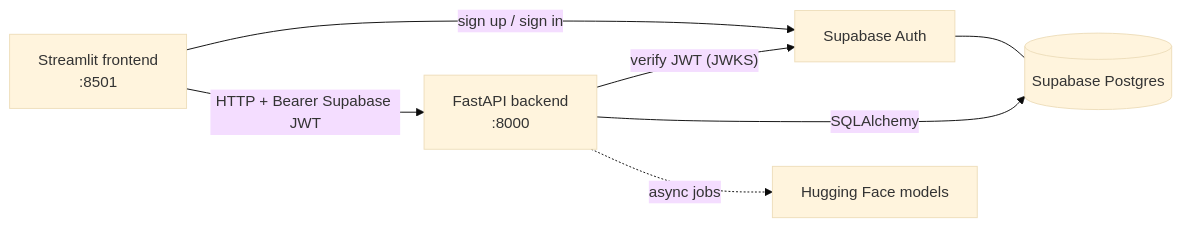
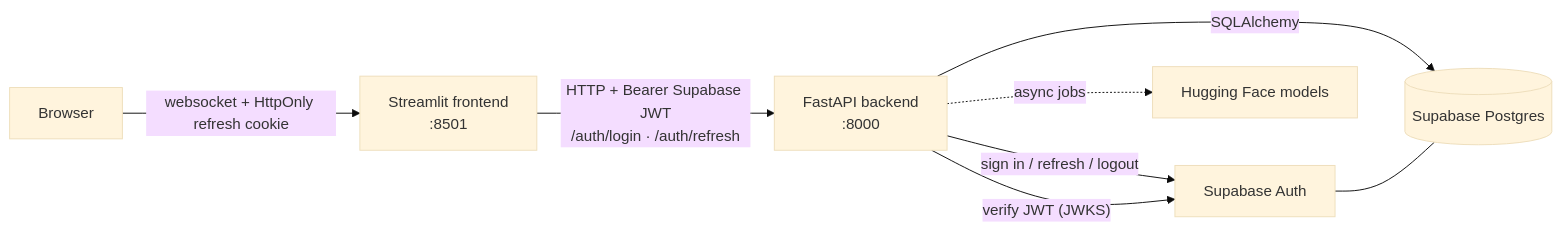
One commit to AlexZ1007/mops-reviewradar changed the diagram in docs/setup-plan.md. Above: the diagram before and after it, drawn with Mermaid (base theme). The commit also changed other lines of this file and 89 other files, not shown here.

First line of the commit message:
Route auth through FastAPI gateway with HttpOnly refresh-token cookie

````diff
--- a/docs/setup-plan.md
+++ b/docs/setup-plan.md
@@ -17,9 +17,10 @@
 ```mermaid
 flowchart LR
-    UI[Streamlit frontend<br/>:8501] -- "sign up / sign in" --> SA[Supabase Auth]
-    UI -- "HTTP + Bearer Supabase JWT" --> API[FastAPI backend<br/>:8000]
+    B[Browser] -- "websocket + HttpOnly refresh cookie" --> UI[Streamlit frontend<br/>:8501]
+    UI -- "HTTP + Bearer Supabase JWT<br/>/auth/login · /auth/refresh" --> API[FastAPI backend<br/>:8000]
+    API -- "sign in / refresh / logout" --> SA[Supabase Auth]
     API -- "verify JWT (JWKS)" --> SA
     API -- SQLAlchemy --> DB[(Supabase Postgres)]
     SA --- DB
     API -. async jobs .-> HF[Hugging Face models]
 ```
````
